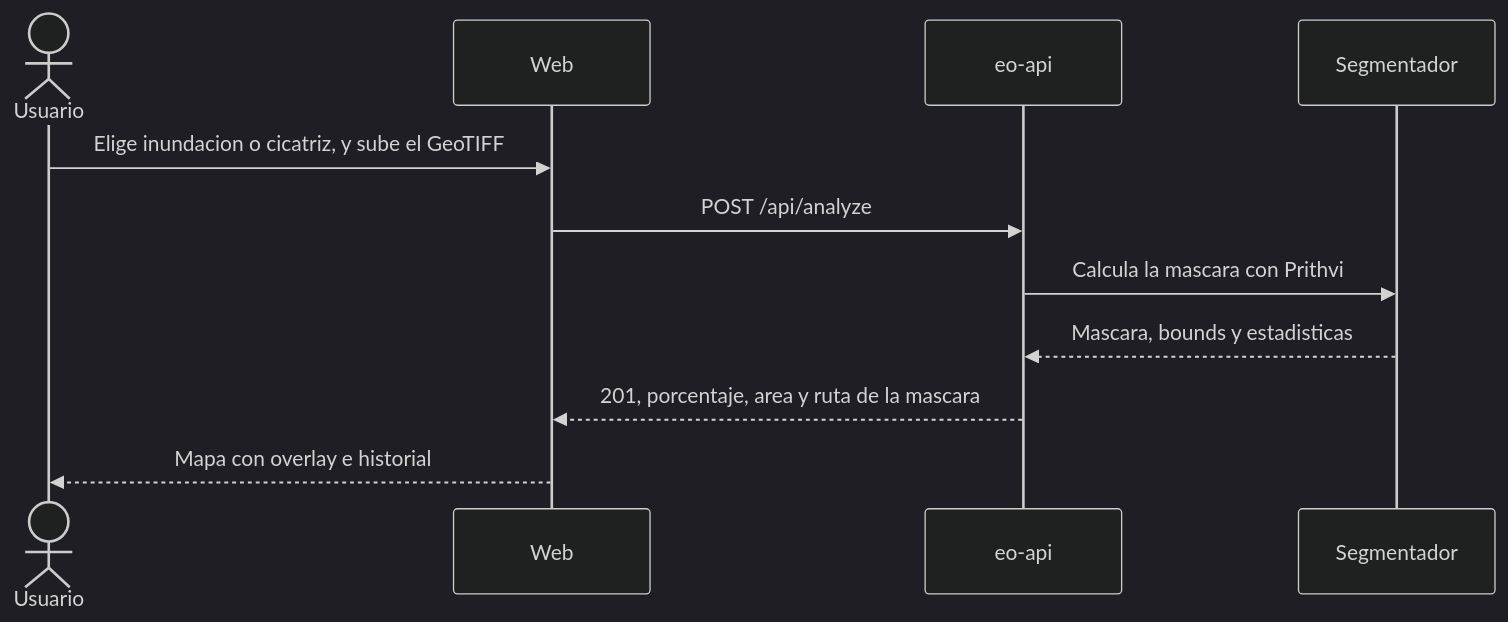
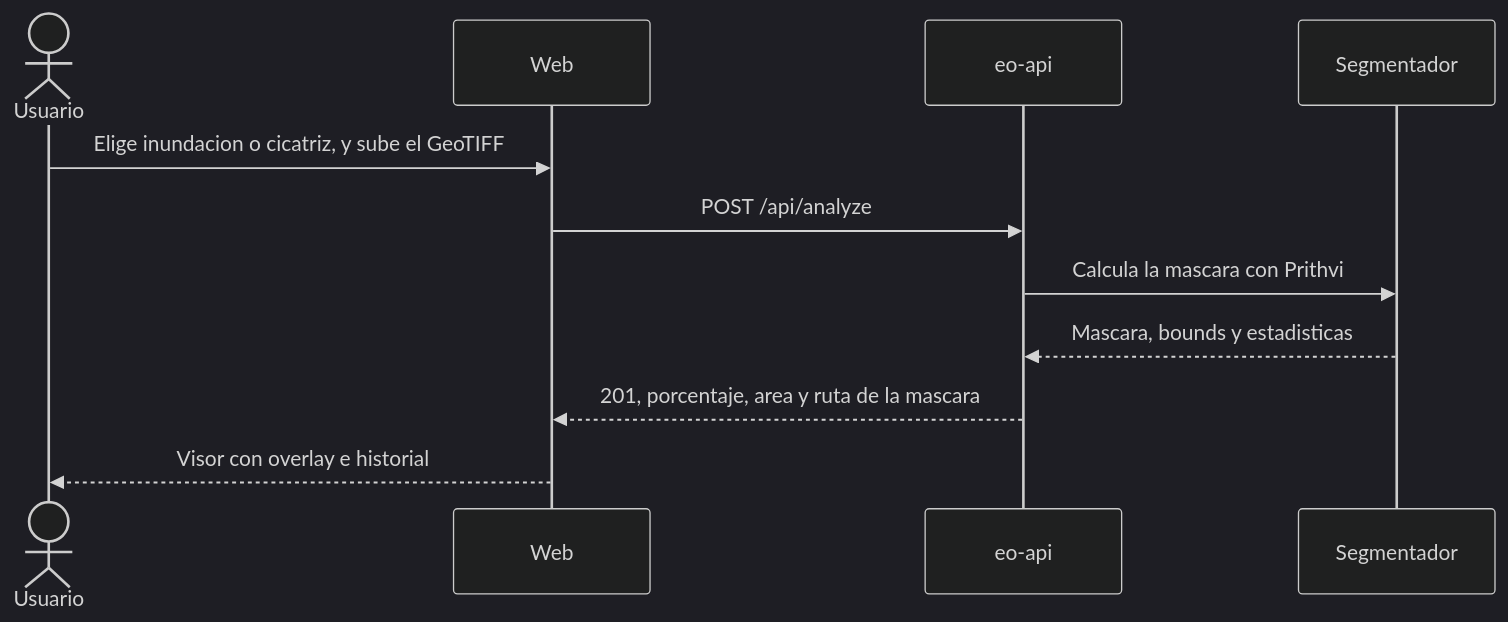
The third of 4 diagrams in docs/SegundoInforme.md (Charlsz/Tune), drawn with Mermaid (dark theme) before and after one commit. The commit also changed other lines of this file, not shown here.

````diff
--- a/docs/SegundoInforme.md
+++ b/docs/SegundoInforme.md
@@ -522,13 +535,13 @@
 ```mermaid
 sequenceDiagram
   actor Usuario
   participant Web as Web
   participant API as eo-api
   participant Seg as Segmentador
   Usuario->>Web: Elige inundacion o cicatriz, y sube el GeoTIFF
   Web->>API: POST /api/analyze
   API->>Seg: Calcula la mascara con Prithvi
   Seg-->>API: Mascara, bounds y estadisticas
   API-->>Web: 201, porcentaje, area y ruta de la mascara
-  Web-->>Usuario: Mapa con overlay e historial
+  Web-->>Usuario: Visor con overlay e historial
 ```
````
